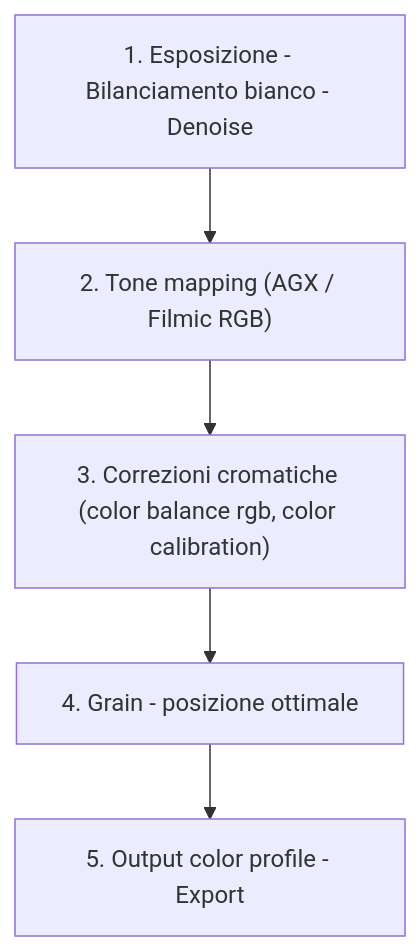
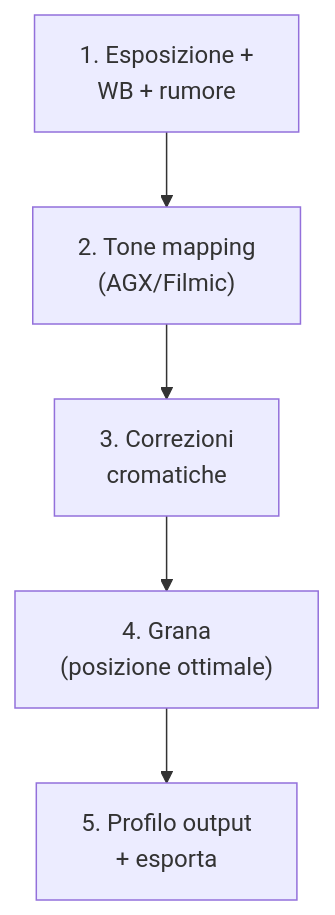
Before and after one commit to lorenzoperone/darktable-docs: the diagram in docs/modules/grain.md, drawn with Mermaid. The commit also changed 40 other files, not shown here.

First line of the commit message:
fix: reformatta diagrammi Mermaid — etichette brevi, break line, italiano

````diff
--- a/docs/modules/grain.md
+++ b/docs/modules/grain.md
@@ -21,4 +21,4 @@
 ```mermaid
 flowchart TD
-    A["1. Esposizione - Bilanciamento bianco - Denoise"] --> B["2. Tone mapping (AGX / Filmic RGB)"] --> C["3. Correzioni cromatiche (color balance rgb, color calibration)"] --> D["4. Grain - posizione ottimale"] --> E["5. Output color profile - Export"]
+    A["1. Esposizione +<br/>WB + rumore"] --> B["2. Tone mapping<br/>(AGX/Filmic)"] --> C["3. Correzioni<br/>cromatiche"] --> D["4. Grana<br/>(posizione ottimale)"] --> E["5. Profilo output<br/>+ esporta"]
 ```
````
